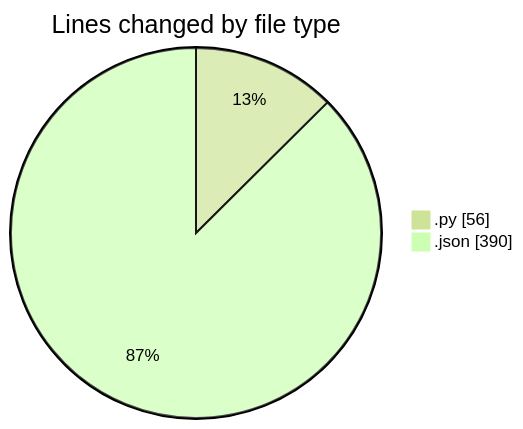
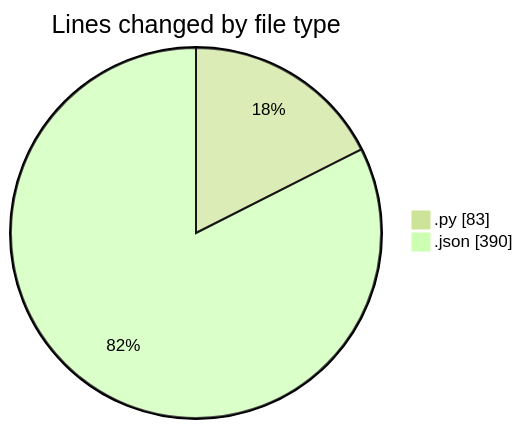
Before and after one commit to charlie-sans/code-tracking: the first of 2 diagrams in 2025-05-03/uhigh-lang/README.md, drawn with Mermaid (forest theme). The commit also changed other lines of this file and 1 other file, not shown here.

````diff
--- a/2025-05-03/uhigh-lang/README.md
+++ b/2025-05-03/uhigh-lang/README.md
@@ -21,6 +21,6 @@
 ```mermaid
 pie showData
 title Lines changed by file type
-".py" : 56
+".py" : 83
 ".json" : 390
 ```
````
